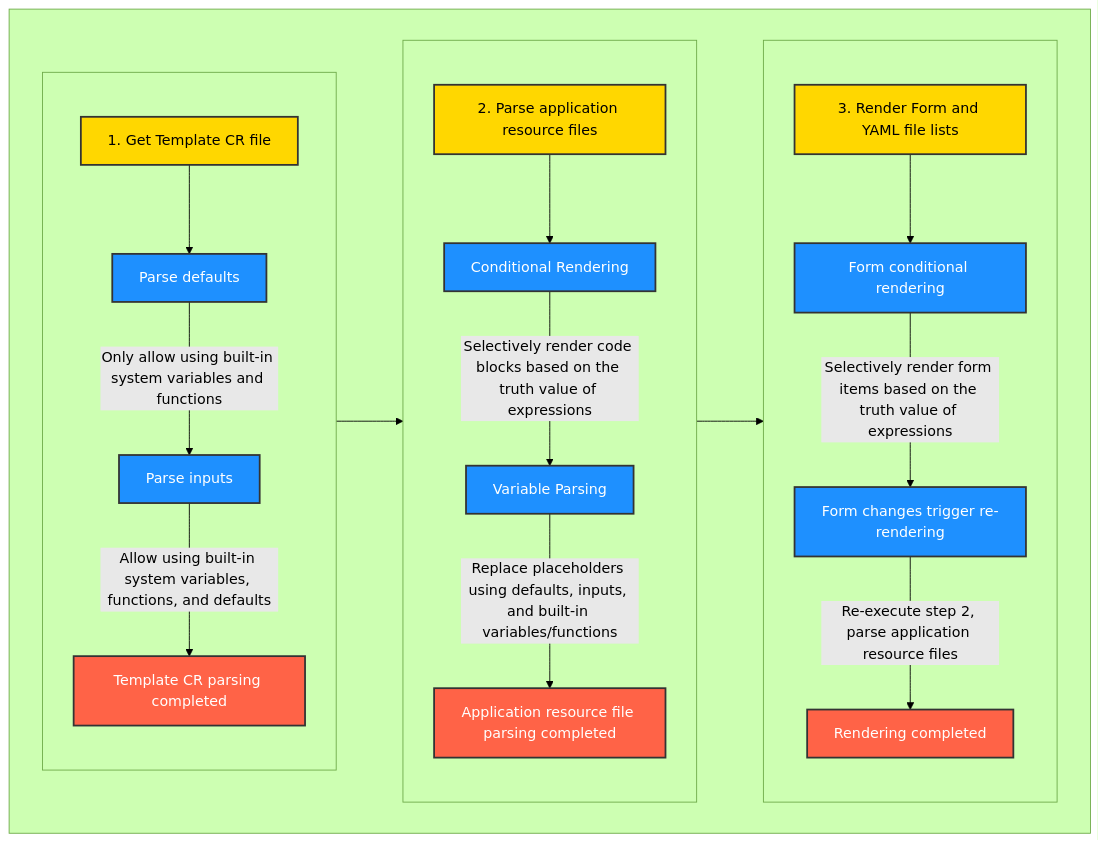
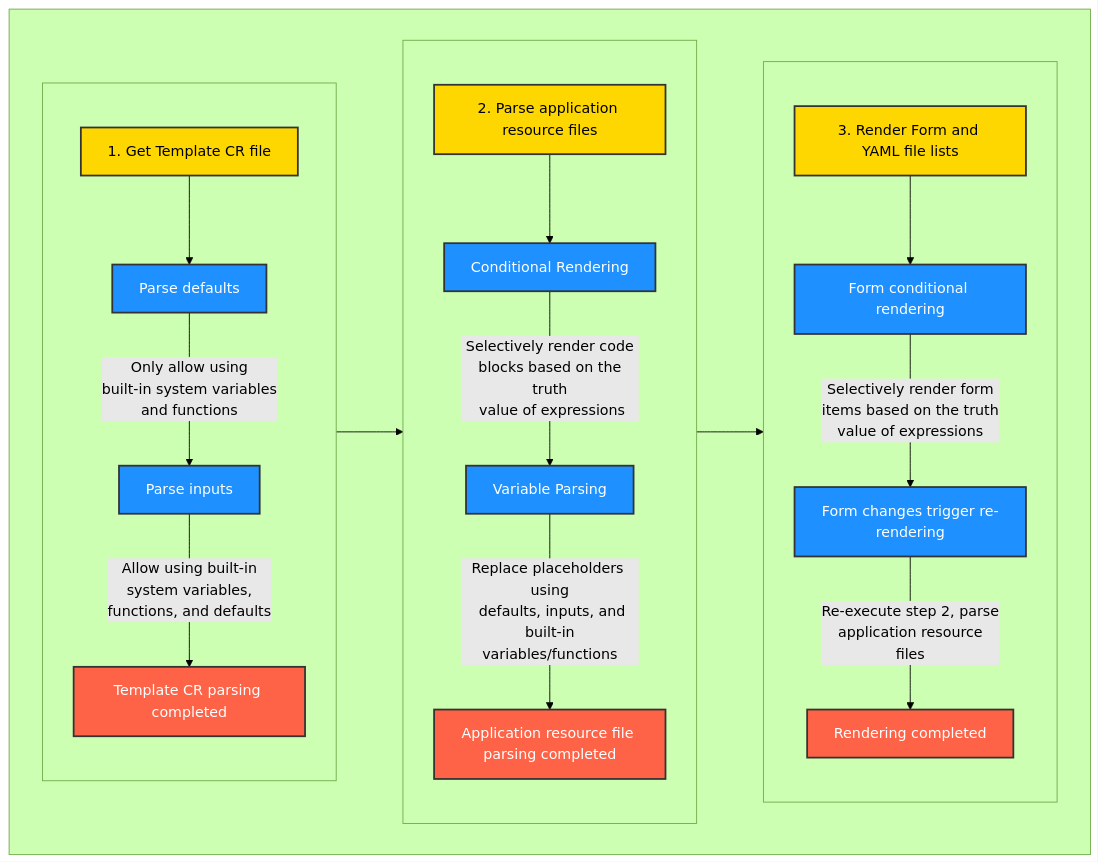
The diagram in example.md (labring-actions/templates), drawn with Mermaid (forest theme) before and after one commit.

Commit message:
fix: update example

````diff
--- a/example.md
+++ b/example.md
@@ -1143,36 +1143,36 @@
 ```mermaid
 graph TB
   subgraph father[ ]
     style A fill:#FFD700,stroke:#333,stroke-width:2px,color:#000
     style B fill:#1E90FF,stroke:#333,stroke-width:2px,color:#FFF
     style C fill:#1E90FF,stroke:#333,stroke-width:2px,color:#FFF
     style D fill:#FF6347,stroke:#333,stroke-width:2px,color:#FFF
     style E fill:#FFD700,stroke:#333,stroke-width:2px,color:#000
     style F fill:#1E90FF,stroke:#333,stroke-width:2px,color:#FFF
     style G fill:#1E90FF,stroke:#333,stroke-width:2px,color:#FFF
     style H fill:#FF6347,stroke:#333,stroke-width:2px,color:#FFF
     style I fill:#FFD700,stroke:#333,stroke-width:2px,color:#000
     style J fill:#1E90FF,stroke:#333,stroke-width:2px,color:#FFF
     style K fill:#1E90FF,stroke:#333,stroke-width:2px,color:#FFF
     style L fill:#FF6347,stroke:#333,stroke-width:2px,color:#FFF
 
     subgraph sub1[ ]
         A[1. Get Template CR file] --> B[Parse defaults]
-        B -- Only allow using built-in system variables and functions --> C[Parse inputs]
-        C -- Allow using built-in system variables, functions, and defaults --> D[Template CR parsing completed]
+        B -- Only allow using<br> built-in system variables<br> and functions --> C[Parse inputs]
+        C -- Allow using built-in<br> system variables,<br> functions, and defaults --> D[Template CR parsing completed]
     end
     subgraph sub2[ ]
         E[2. Parse application resource files] --> F[Conditional Rendering]
-        F -- Selectively render code blocks based on the truth value of expressions --> G[Variable Parsing]
-        G -- Replace placeholders using defaults, inputs, and built-in variables/functions --> H[Application resource file parsing completed]
+        F -- Selectively render code<br> blocks based on the truth<br> value of expressions --> G[Variable Parsing]
+        G -- Replace placeholders using<br> defaults, inputs, and<br> built-in variables/functions --> H[Application resource file parsing completed]
     end
     subgraph sub3[ ]
         I[3. Render Form and YAML file lists] --> J[Form conditional rendering]
-        J -- Selectively render form items based on the truth value of expressions --> K[Form changes trigger re-rendering]
-        K -- Re-execute step 2, parse application resource files --> L[Rendering completed]
+        J -- Selectively render form<br> items based on the truth<br> value of expressions --> K[Form changes trigger re-rendering]
+        K -- Re-execute step 2, parse<br> application resource files --> L[Rendering completed]
     end
     
     sub1 --> sub2
     sub2 --> sub3
   end
 ```
````
